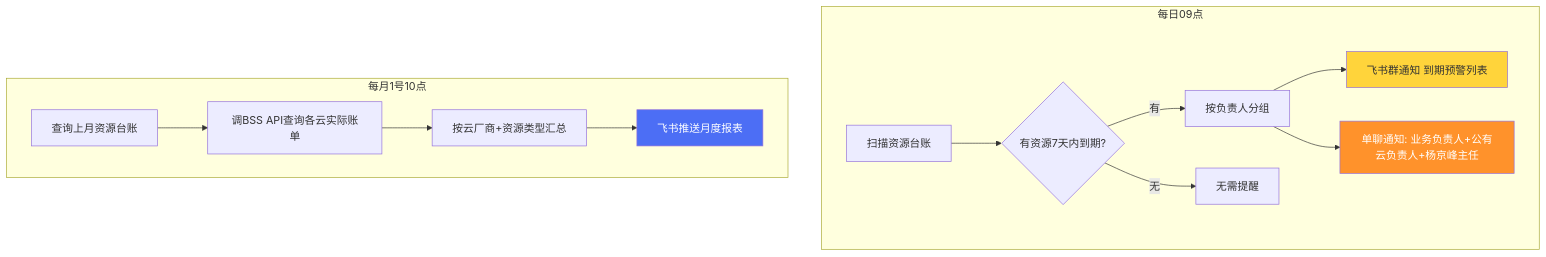
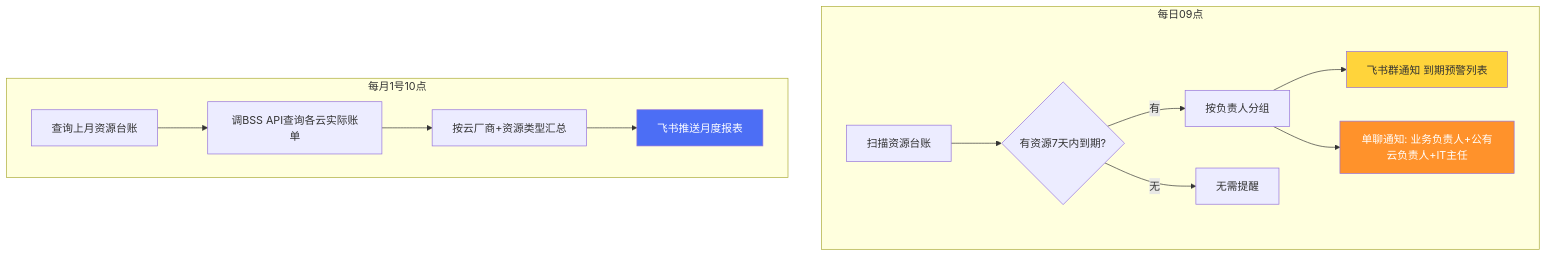
The sixth of 11 diagrams in docs/workflow-diagrams.md (serena-ai-architect/agentOps), drawn with Mermaid before and after one commit. The commit also changed 21 other files, not shown here.

````diff
--- a/docs/workflow-diagrams.md
+++ b/docs/workflow-diagrams.md
@@ -224,21 +224,21 @@
 ```mermaid
 %%{init: {'flowchart': {'useMaxWidth': false}} }%%
 flowchart TD
     subgraph 每日09点
         A[扫描资源台账] --> B{有资源7天内到期?}
         B -->|有| C[按负责人分组]
         C --> D["飞书群通知 到期预警列表"]
-        C --> E["单聊通知: 业务负责人+公有云负责人+杨京峰主任"]
+        C --> E["单聊通知: 业务负责人+公有云负责人+IT主任"]
         B -->|无| F[无需提醒]
     end
 
     subgraph 每月1号10点
         G[查询上月资源台账] --> H["调BSS API查询各云实际账单"]
         H --> I[按云厂商+资源类型汇总]
         I --> J[飞书推送月度报表]
     end
 
     style D fill:#ffd43b,color:#333
     style E fill:#ff922b,color:#fff
     style J fill:#4c6ef5,color:#fff
 ```
````
